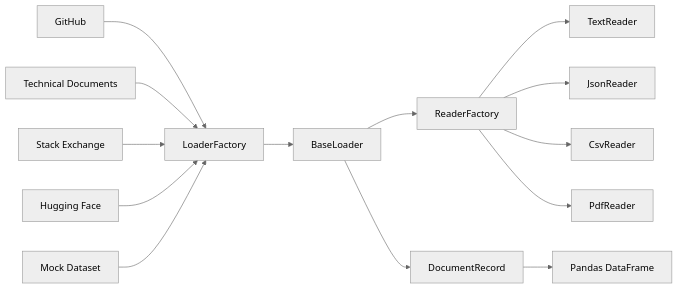
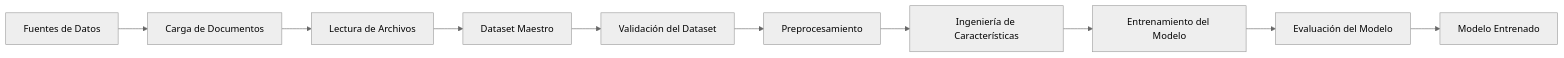
One commit to jriojac/techmind changed the second of 2 diagrams in src/data_science/README.md. Above: the diagram before and after it, drawn with Mermaid (neutral theme). The commit also changed other lines of this file and 4 other files, not shown here.

````diff
--- a/src/data_science/README.md
+++ b/src/data_science/README.md
@@ -108,43 +291,30 @@
 ```mermaid
 flowchart LR
 
-    GitHubSource["GitHub"]
-    TechnicalDocumentsSource["Technical Documents"]
-    StackExchangeSource["Stack Exchange"]
-    HuggingFaceSource["Hugging Face"]
-    MockDatasetSource["Mock Dataset"]
+Fuentes_Datos["Fuentes de Datos"]
+    --> Carga_Documentos["Carga de Documentos"]
 
-    LoaderFactory["LoaderFactory"]
+Carga_Documentos
+    --> Lectura_Archivos["Lectura de Archivos"]
 
-    BaseLoader["BaseLoader"]
+Lectura_Archivos
+    --> Dataset_Maestro["Dataset Maestro"]
 
-    ReaderFactory["ReaderFactory"]
+Dataset_Maestro
+    --> Validacion_Dataset["Validación del Dataset"]
 
-    TextReader["TextReader"]
-    JsonReader["JsonReader"]
-    CsvReader["CsvReader"]
-    PdfReader["PdfReader"]
+Validacion_Dataset
+    --> Preprocesamiento["Preprocesamiento"]
 
-    DocumentRecord["DocumentRecord"]
+Preprocesamiento
+    --> Ingenieria_Caracteristicas["Ingeniería de Características"]
 
-    Dataset["Pandas DataFrame"]
+Ingenieria_Caracteristicas
+    --> Entrenamiento_Modelo["Entrenamiento del Modelo"]
 
-    GitHubSource --> LoaderFactory
-    TechnicalDocumentsSource --> LoaderFactory
-    StackExchangeSource --> LoaderFactory
-    HuggingFaceSource --> LoaderFactory
-    MockDatasetSource --> LoaderFactory
+Entrenamiento_Modelo
+    --> Evaluacion_Modelo["Evaluación del Modelo"]
 
-    LoaderFactory --> BaseLoader
-
-    BaseLoader --> ReaderFactory
-
-    ReaderFactory --> TextReader
-    ReaderFactory --> JsonReader
-    ReaderFactory --> CsvReader
-    ReaderFactory --> PdfReader
-
-    BaseLoader --> DocumentRecord
-
-    DocumentRecord --> Dataset
+Evaluacion_Modelo
+    --> Modelo_Final["Modelo Entrenado"]
 ```
````
